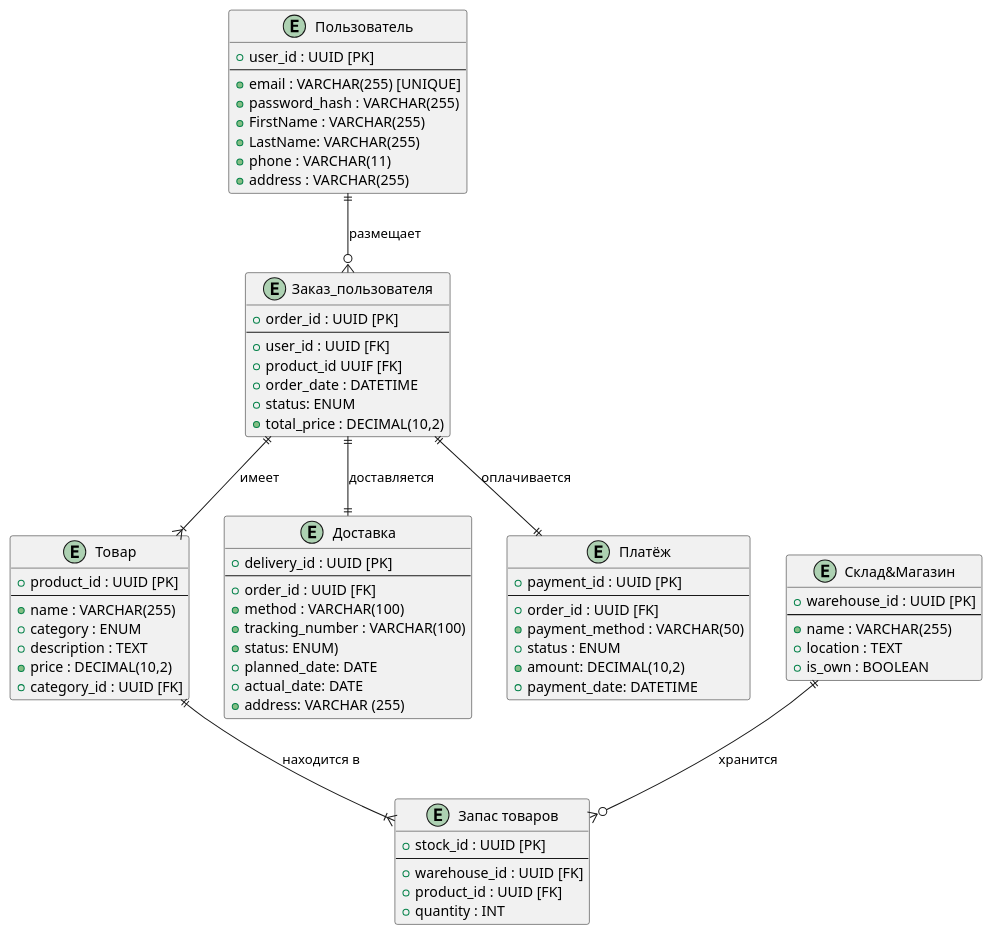
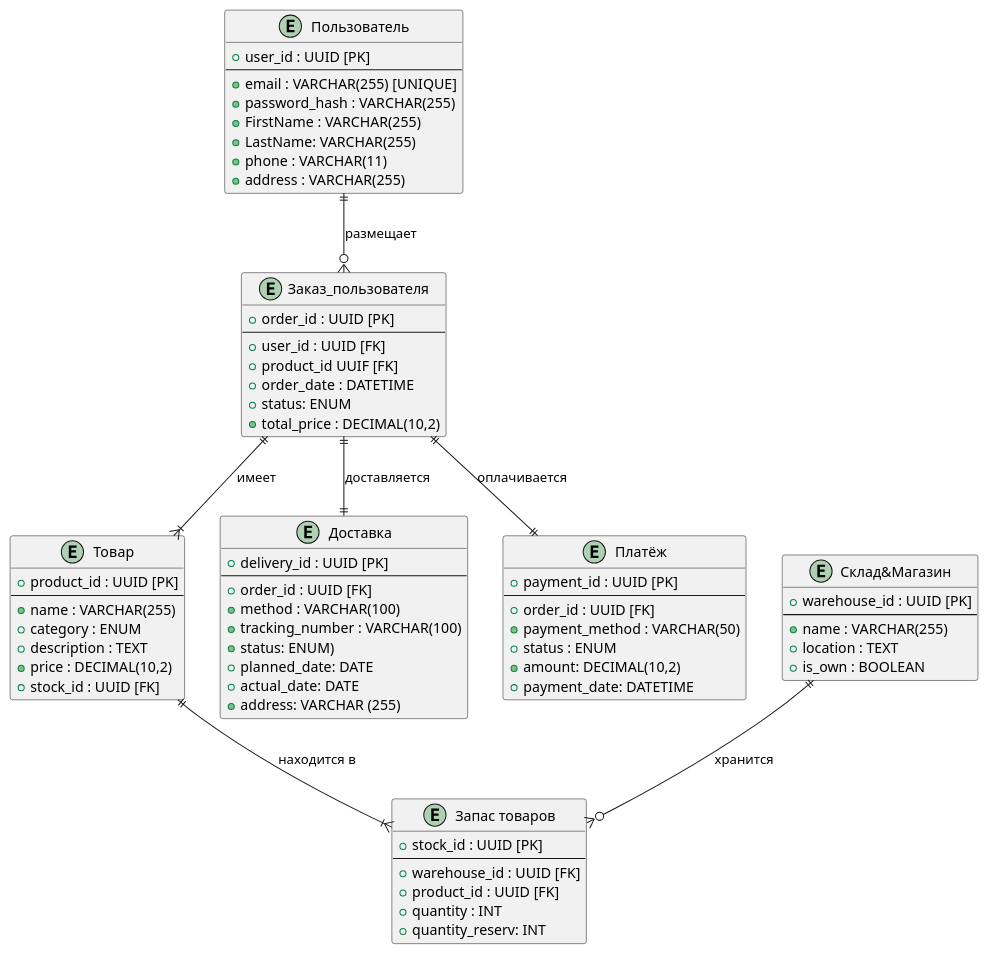
The diagram in UML_DateBase.puml (PavelMahnyuk/-_analytics_practice), drawn with PlantUML before and after one commit. The commit also changed 1 other file, not shown here.

Commit message:
испрпвленная ER документо-ориентированная

```diff
--- a/UML_DateBase.puml
+++ b/UML_DateBase.puml
@@ -1,81 +1,82 @@
 @startuml
 
 entity "Пользователь" as User {
     +user_id : UUID [PK]
     --
     +email : VARCHAR(255) [UNIQUE]
     +password_hash : VARCHAR(255)
     +FirstName : VARCHAR(255)
     +LastName: VARCHAR(255)
     +phone : VARCHAR(11)
     +address : VARCHAR(255)
 }
 
 entity "Товар" as Product {
     +product_id : UUID [PK]
     --
     +name : VARCHAR(255)
     +category : ENUM
     +description : TEXT
     +price : DECIMAL(10,2)
-    +category_id : UUID [FK]
+    +stock_id : UUID [FK]
 }
 
 
 entity "Склад&Магазин" as Warehouse {
     +warehouse_id : UUID [PK]
     --
     +name : VARCHAR(255)
     +location : TEXT
     +is_own : BOOLEAN
 }
 
 entity "Запас товаров" as Stock {
     +stock_id : UUID [PK]
     --
     +warehouse_id : UUID [FK]
     +product_id : UUID [FK]
     +quantity : INT
+    +quantity_reserv: INT
 }
 
 entity "Заказ_пользователя" as Order {
     +order_id : UUID [PK]
     --
     +user_id : UUID [FK]
     +product_id UUIF [FK]
     +order_date : DATETIME
     +status: ENUM
     +total_price : DECIMAL(10,2)
 }
 
 
 entity "Доставка" as Delivery {
     +delivery_id : UUID [PK]
     --
     +order_id : UUID [FK]
     +method : VARCHAR(100)
     +tracking_number : VARCHAR(100)
     +status: ENUM)
     +planned_date: DATE
     +actual_date: DATE
     +address: VARCHAR (255)
 }
 
 entity "Платёж" as Payment {
     +payment_id : UUID [PK]
     --
     +order_id : UUID [FK]
     +payment_method : VARCHAR(50)
     +status : ENUM
     +amount: DECIMAL(10,2)
     +payment_date: DATETIME
 }
 
 User ||--o{ Order : "размещает"
 Order ||--|| Payment : "оплачивается"
 Order ||--|| Delivery : "доставляется"
 Warehouse ||--o{ Stock : "хранится"
 Product ||--|{ Stock : "находится в"
 Order ||--|{ Product: "имеет"
 
 @enduml
```
